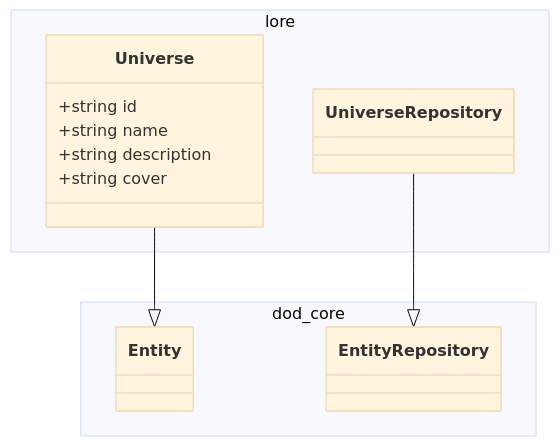
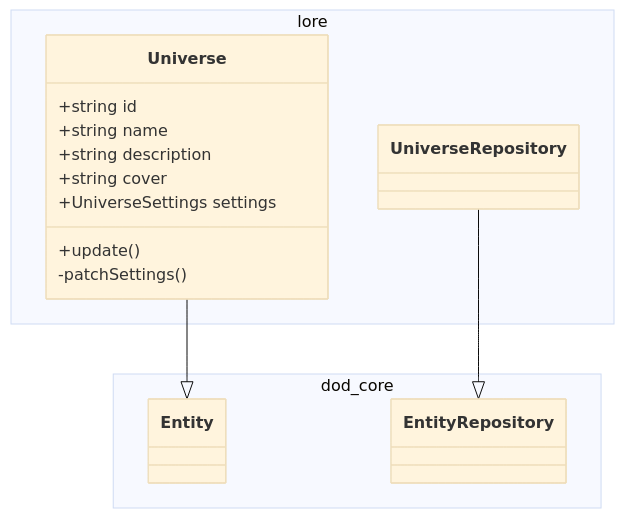
The first of 2 diagrams in realms/universe/README.md (pslotinsky/decay-of-magic), drawn with Mermaid (base theme) before and after one commit. The commit also changed other lines of this file and 16 other files, not shown here.

Commit message:
DOD-0023: Add universe settings API

````diff
--- a/realms/universe/README.md
+++ b/realms/universe/README.md
@@ -36,19 +41,22 @@
 ```mermaid
 classDiagram
   namespace lore {
     class Universe {
       +string id
       +string name
       +string description
       +string cover
+      +UniverseSettings settings
+      +update()
+      -patchSettings()
     }
     class UniverseRepository
   }
   namespace dod_core {
     class Entity
     class EntityRepository
   }
 
   Universe --|> Entity
   UniverseRepository --|> EntityRepository
 ```
````
